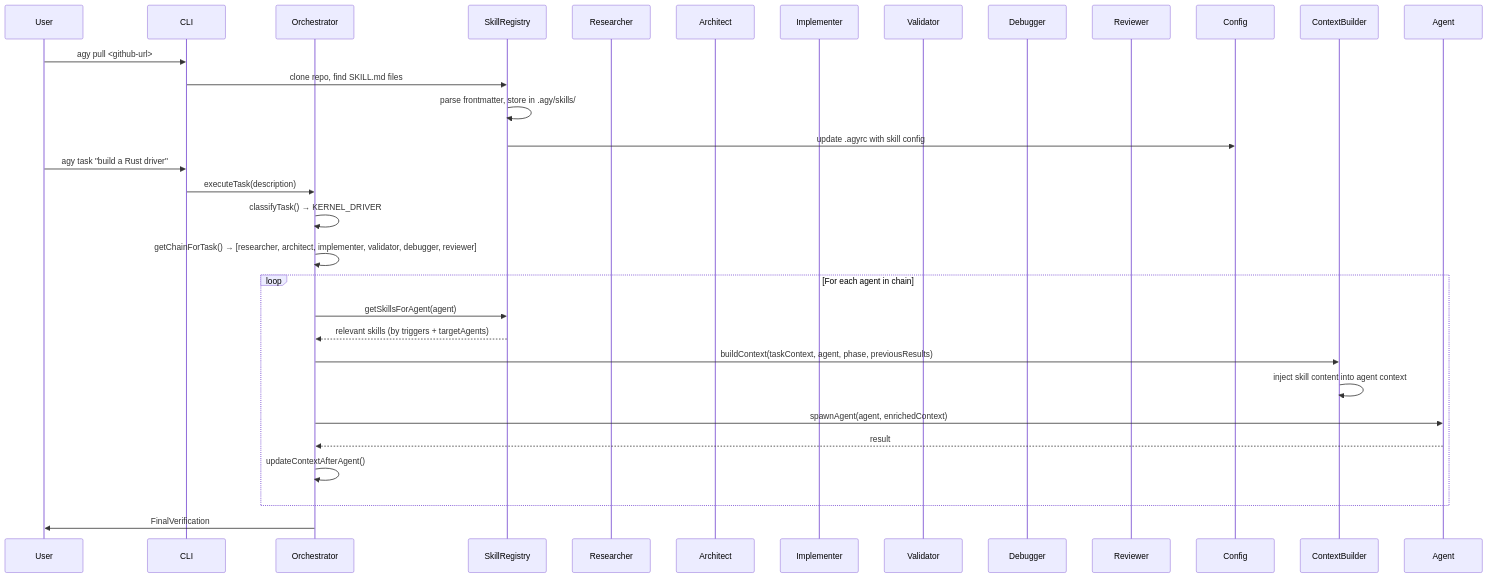
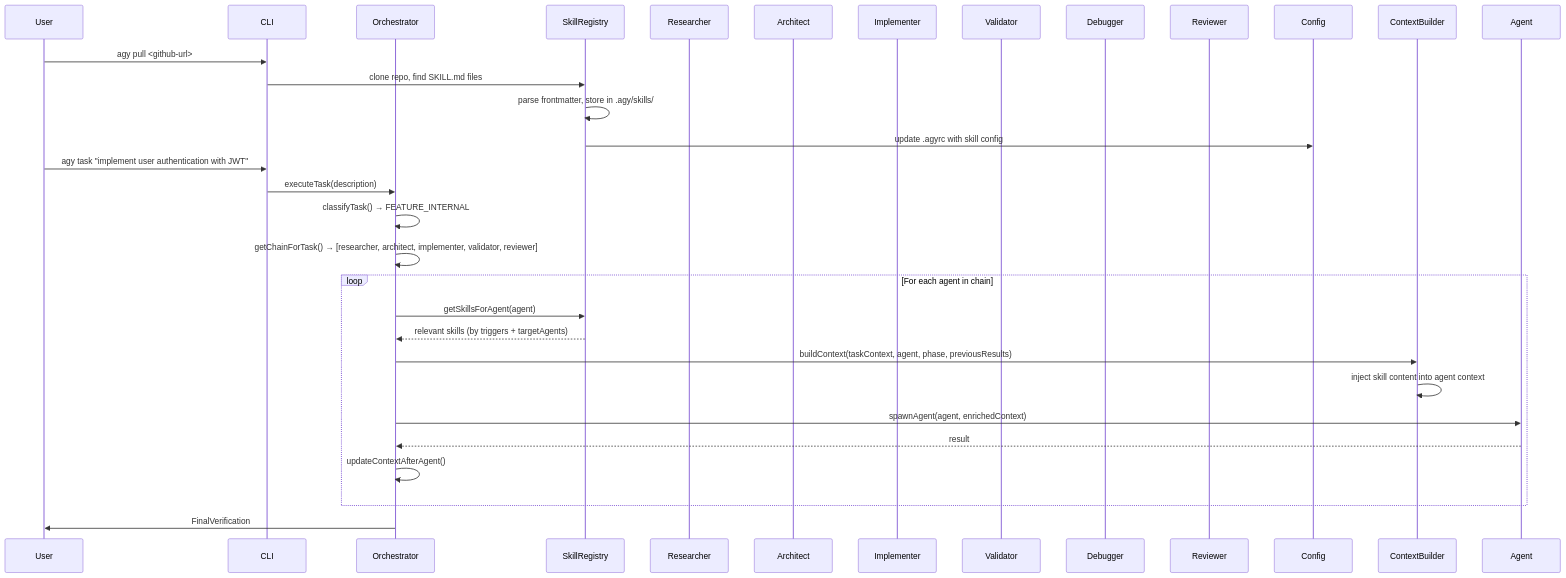
One commit to karthikeyanV2K/agy-cli-skill changed the second of 4 diagrams in README.md. Above: the diagram before and after it, drawn with Mermaid. The commit also changed other lines of this file, not shown here.

````diff
--- a/README.md
+++ b/README.md
@@ -95,35 +95,35 @@
 ```mermaid
 sequenceDiagram
     participant User
     participant CLI
     participant Orchestrator
     participant SkillRegistry
     participant Researcher
     participant Architect
     participant Implementer
     participant Validator
     participant Debugger
     participant Reviewer
 
     User->>CLI: agy pull <github-url>
     CLI->>SkillRegistry: clone repo, find SKILL.md files
     SkillRegistry->>SkillRegistry: parse frontmatter, store in .agy/skills/
     SkillRegistry->>Config: update .agyrc with skill config
     
-    User->>CLI: agy task "build a Rust driver"
+    User->>CLI: agy task "implement user authentication with JWT"
     CLI->>Orchestrator: executeTask(description)
-    Orchestrator->>Orchestrator: classifyTask() → KERNEL_DRIVER
-    Orchestrator->>Orchestrator: getChainForTask() → [researcher, architect, implementer, validator, debugger, reviewer]
+    Orchestrator->>Orchestrator: classifyTask() → FEATURE_INTERNAL
+    Orchestrator->>Orchestrator: getChainForTask() → [researcher, architect, implementer, validator, reviewer]
     
     loop For each agent in chain
         Orchestrator->>SkillRegistry: getSkillsForAgent(agent)
         SkillRegistry-->>Orchestrator: relevant skills (by triggers + targetAgents)
         Orchestrator->>ContextBuilder: buildContext(taskContext, agent, phase, previousResults)
         ContextBuilder->>ContextBuilder: inject skill content into agent context
         Orchestrator->>Agent: spawnAgent(agent, enrichedContext)
         Agent-->>Orchestrator: result
         Orchestrator->>Orchestrator: updateContextAfterAgent()
     end
 
     Orchestrator->>User: FinalVerification
 ```
````
